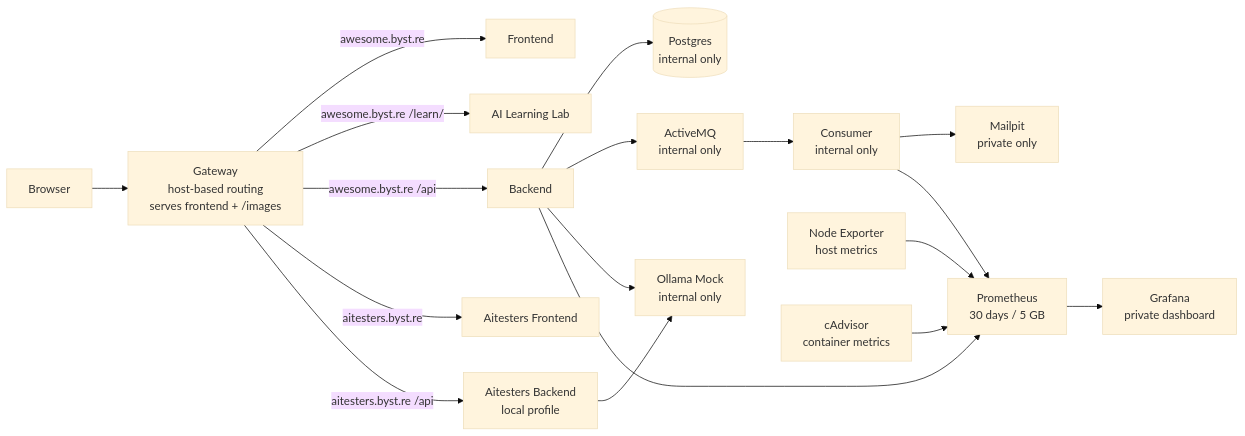
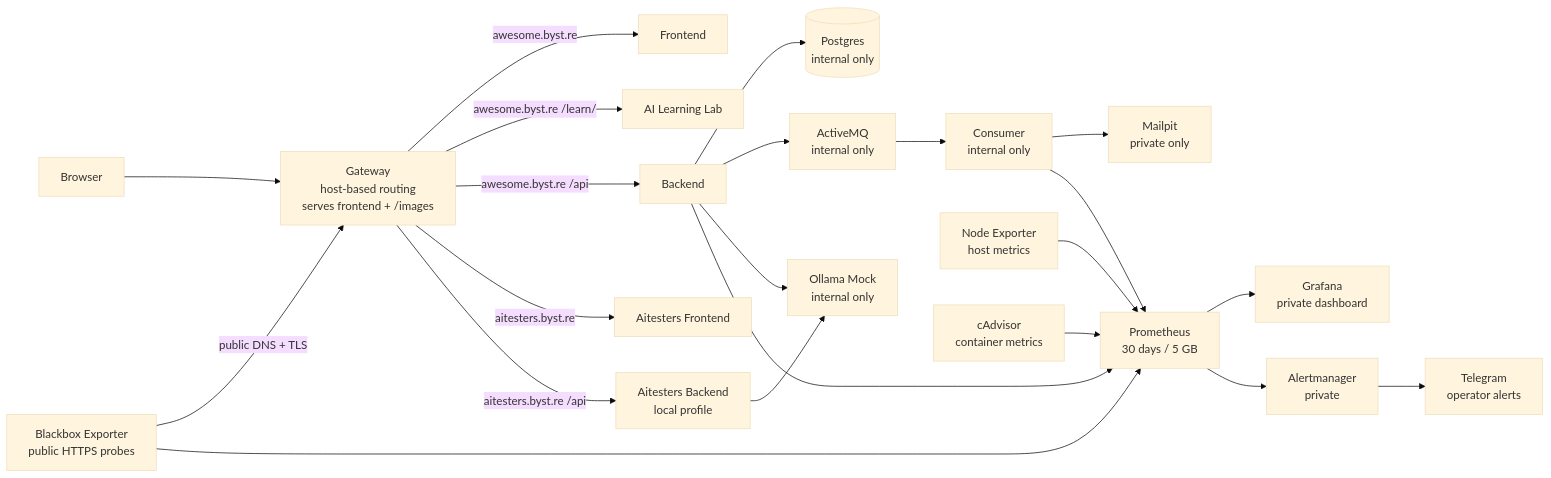
The third of 3 diagrams in README.md (slawekradzyminski/awesome-localstack), drawn with Mermaid (base theme) before and after one commit. The commit also changed other lines of this file and 21 other files, not shown here.

````diff
--- a/README.md
+++ b/README.md
@@ -394,37 +394,44 @@
 ```mermaid
 flowchart LR
     U[Browser]
     G[Gateway<br/>host-based routing<br/>serves frontend + /images]
     F[Frontend]
     L[AI Learning Lab]
     B[Backend]
     AF[Aitesters Frontend]
     AB[Aitesters Backend<br/>local profile]
     DB[(Postgres<br/>internal only)]
     MQ[ActiveMQ<br/>internal only]
     C[Consumer<br/>internal only]
     M[Mailpit<br/>private only]
     O[Ollama Mock<br/>internal only]
     N[Node Exporter<br/>host metrics]
     CA[cAdvisor<br/>container metrics]
+    BB[Blackbox Exporter<br/>public HTTPS probes]
     P[Prometheus<br/>30 days / 5 GB]
+    AM[Alertmanager<br/>private]
+    T[Telegram<br/>operator alerts]
     GR[Grafana<br/>private dashboard]
 
     U --> G
     G -->|awesome.byst.re| F
     G -->|awesome.byst.re /learn/| L
     G -->|awesome.byst.re /api| B
     G -->|aitesters.byst.re| AF
     G -->|aitesters.byst.re /api| AB
     B --> DB
     B --> MQ
     MQ --> C
     C --> M
     B --> O
     AB --> O
     N --> P
     CA --> P
+    BB -->|public DNS + TLS| G
+    BB --> P
     B --> P
     C --> P
     P --> GR
+    P --> AM
+    AM --> T
 ```
````
